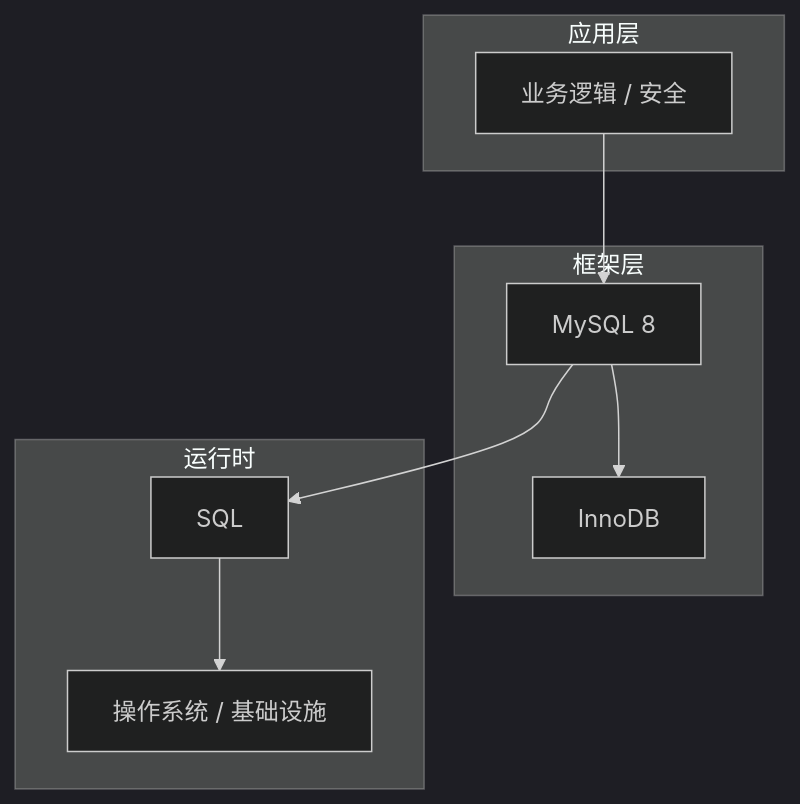
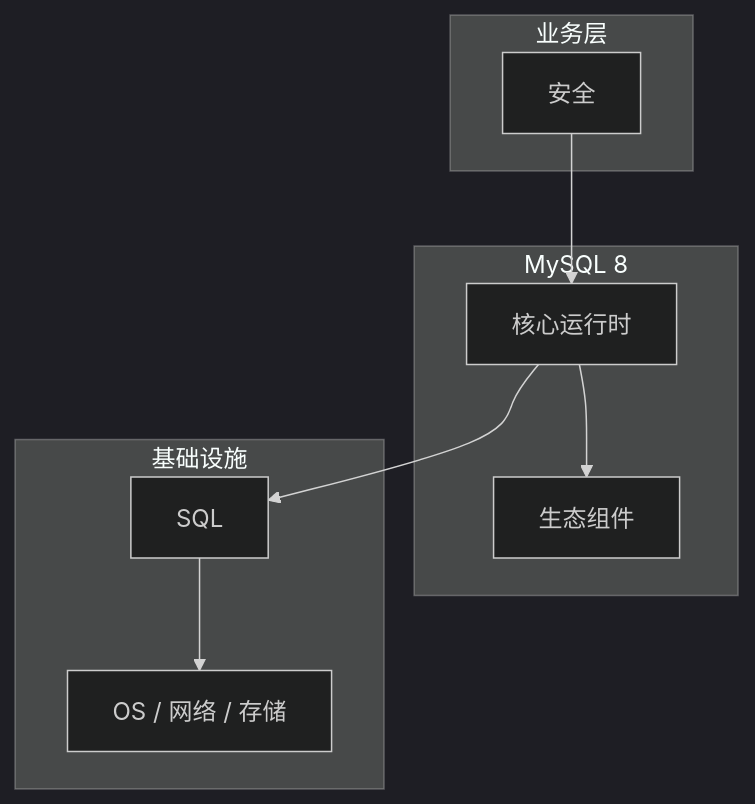
One commit to yanggan2015/knowledge-json-v2 changed the diagram in articles/MySQL/chapters/181-安全核心概念与原理.md. Above: the diagram before and after it, drawn with Mermaid (dark theme). The commit also changed other lines of this file and 10127 other files, not shown here.

````diff
--- a/articles/MySQL/chapters/181-安全核心概念与原理.md
+++ b/articles/MySQL/chapters/181-安全核心概念与原理.md
@@ -45,18 +34,18 @@
 ```mermaid
 graph TB
-    subgraph 应用层
-        A[业务逻辑 / 安全]
+    subgraph 业务层
+        A[安全]
     end
-    subgraph 框架层
-        B[MySQL 8]
-        C[InnoDB]
+    subgraph MySQL 8
+        B[核心运行时]
+        C[生态组件]
     end
-    subgraph 运行时
+    subgraph 基础设施
         D[SQL]
-        E[操作系统 / 基础设施]
+        E[OS / 网络 / 存储]
     end
     A --> B
     B --> C
     B --> D
     D --> E
 ```
````
